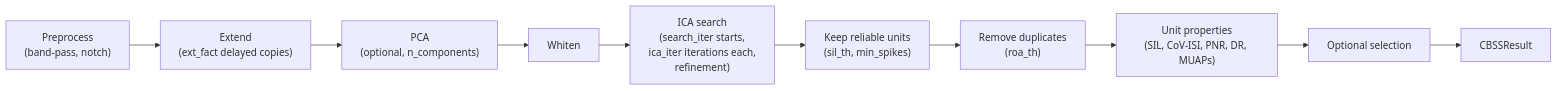
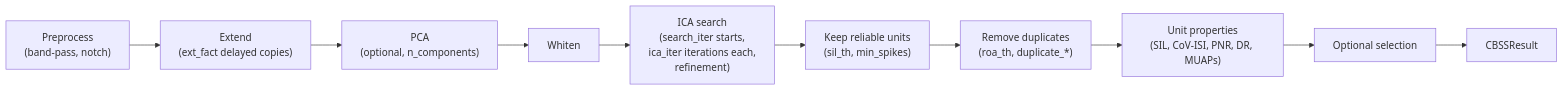
The diagram in docs/guide/calibration.md (imendezguerra/adapt_decomp), drawn with Mermaid before and after one commit. The commit also changed other lines of this file and 54 other files, not shown here.

````diff
--- a/docs/guide/calibration.md
+++ b/docs/guide/calibration.md
@@ -16,12 +16,12 @@
 ```mermaid
 flowchart LR
     A["Preprocess\n(band-pass, notch)"] --> B["Extend\n(ext_fact delayed copies)"]
     B --> P["PCA\n(optional, n_components)"]
     P --> C["Whiten"]
     C --> D["ICA search\n(search_iter starts,\nica_iter iterations each,\nrefinement)"]
     D --> E["Keep reliable units\n(sil_th, min_spikes)"]
-    E --> F["Remove duplicates\n(roa_th)"]
+    E --> F["Remove duplicates\n(roa_th, duplicate_*)"]
     F --> G["Unit properties\n(SIL, CoV-ISI, PNR, DR, MUAPs)"]
     G --> H["Optional selection"]
     H --> I["CBSSResult"]
 ```
````
